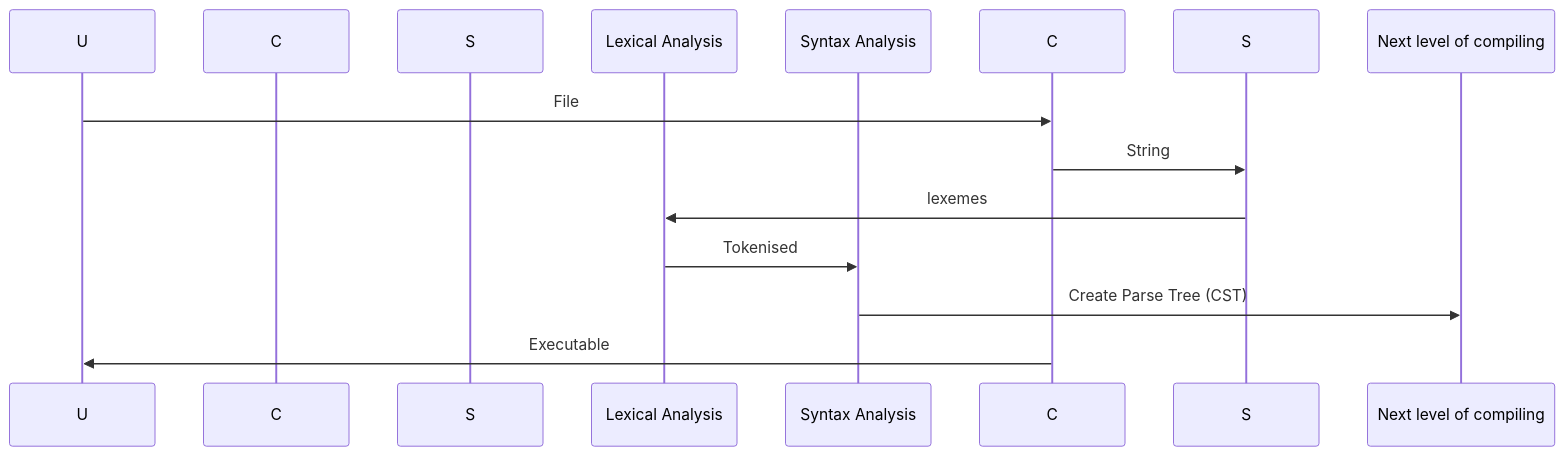
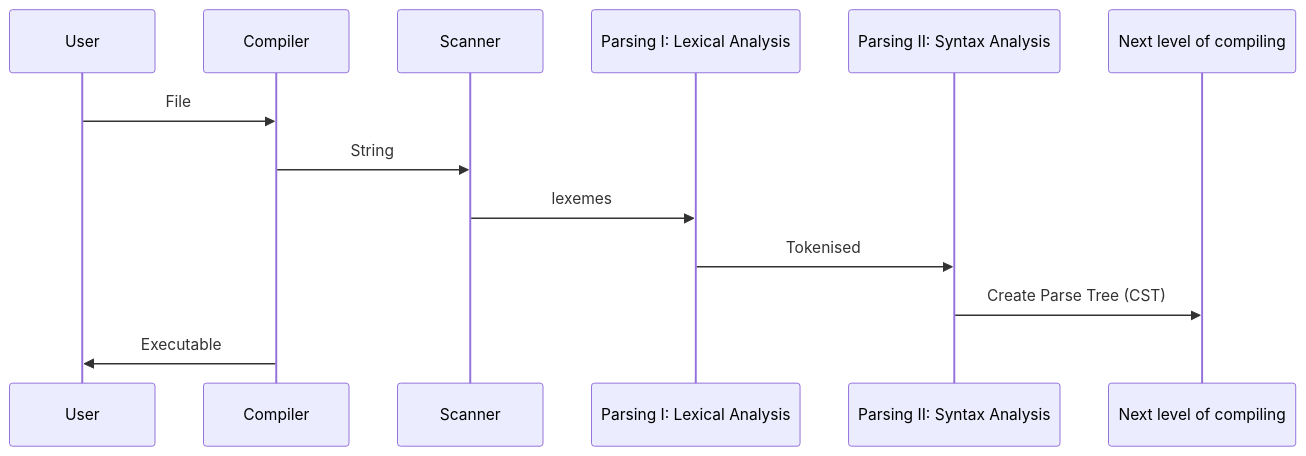
One commit to trshant-sugoi/stackedit changed the diagram in drafts/2019-02-25-Compiler-I-AST.md. Above: the diagram before and after it, drawn with Mermaid. The commit also changed other lines of this file, not shown here.

Commit message:
drafts/2019-02-25-Compiler-I-AST.md updated from https://stackedit.io/

````diff
--- a/drafts/2019-02-25-Compiler-I-AST.md
+++ b/drafts/2019-02-25-Compiler-I-AST.md
@@ -18,14 +18,14 @@
 ```mermaid
 sequenceDiagram
-participant U as U  
-participant Compiler as C   
-participant Scanner as S   
-participant LA as Lexical Analysis  
-participant SA as Syntax Analysis  
+participant U as User  
+participant C as Compiler   
+participant S as Scanner   
+participant LA as Parsing I: Lexical Analysis  
+participant SA as Parsing II: Syntax Analysis  
 U ->> C: File  
 C ->> S : String
 S ->> LA: lexemes  
 LA ->> SA : Tokenised   
 SA  ->> Next level of compiling : Create Parse Tree (CST) 
 C ->> U: Executable  
 ```  
````
